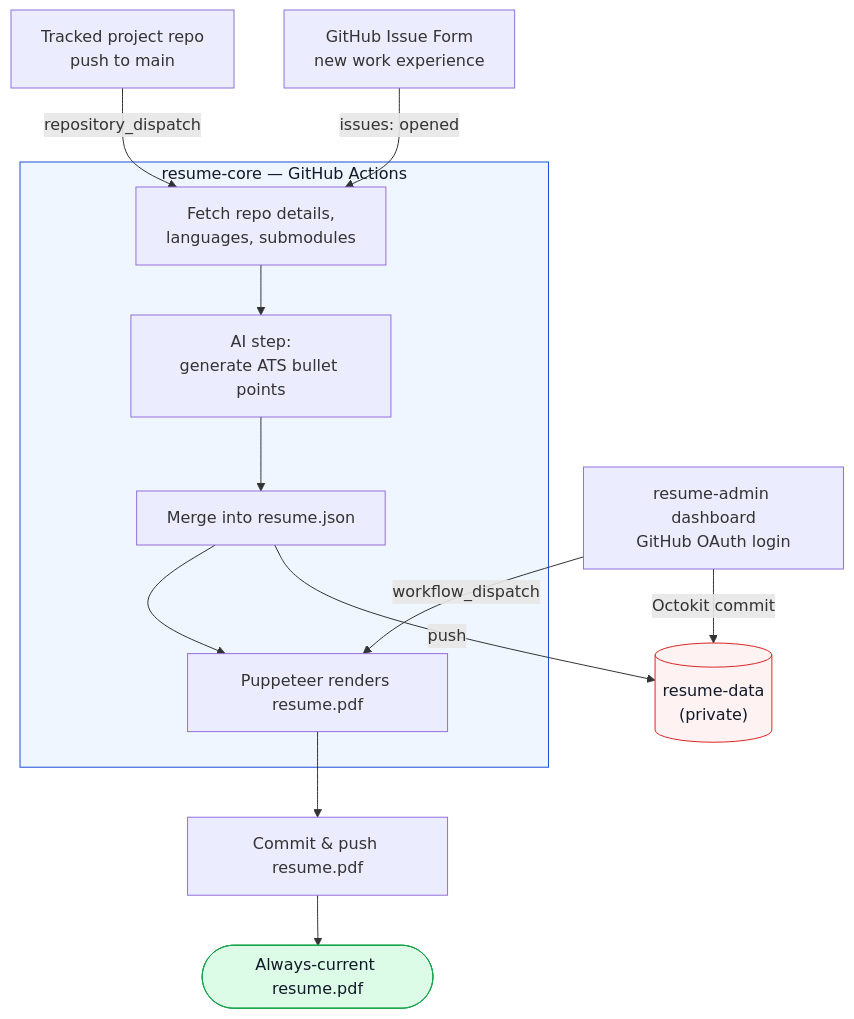
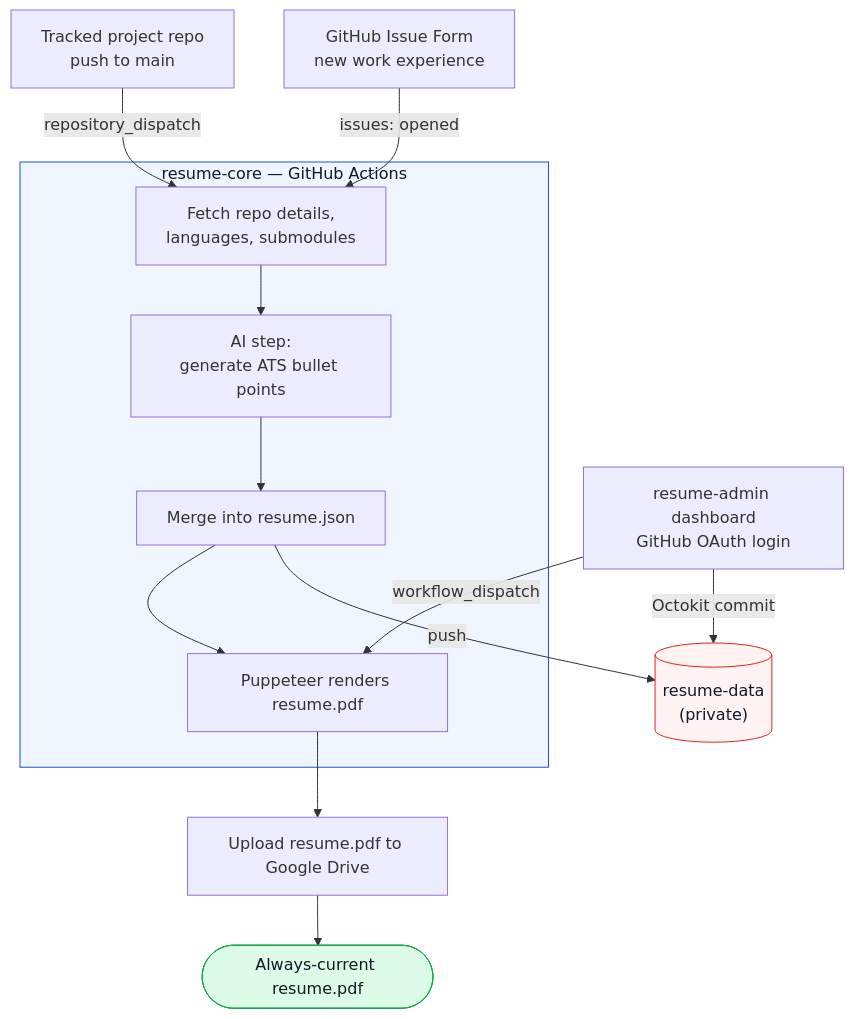
One commit to ChamathDilshanC/DevResume-Automation-Pipeline changed the diagram in README.md. Above: the diagram before and after it, drawn with Mermaid. The commit also changed 2 other files, not shown here.

Commit message:
feat: upload resume.pdf to Google Drive instead of committing it
resume-core no longer commits resume.pdf back to itself; every workflow
uploads it in place to a fixed Google Drive file via a service account
instead. Updates architecture docs and diagrams to match, bumps the
resume-core submodule ref.

````diff
--- a/README.md
+++ b/README.md
@@ -40,22 +40,22 @@
 ```mermaid
 flowchart TD
     A["Tracked project repo<br/>push to main"] -->|repository_dispatch| E
     B["GitHub Issue Form<br/>new work experience"] -->|issues: opened| E
     C["resume-admin dashboard<br/>GitHub OAuth login"] -->|Octokit commit| DATA
     C -->|workflow_dispatch| F
 
     subgraph CORE["resume-core — GitHub Actions"]
         E["Fetch repo details,<br/>languages, submodules"] --> AI["AI step:<br/>generate ATS bullet points"]
         AI --> M["Merge into resume.json"]
         M --> F["Puppeteer renders resume.pdf"]
     end
 
     M -->|push| DATA[("resume-data<br/>(private)")]
-    F --> G["Commit & push resume.pdf"]
+    F --> G["Upload resume.pdf to Google Drive"]
     G --> H(["Always-current resume.pdf"])
 
     style DATA fill:#fef2f2,stroke:#dc2626,color:#111827
 
     style CORE fill:#eff6ff,stroke:#1d4ed8,color:#111827
     style H fill:#dcfce7,stroke:#16a34a,color:#111827
 ```
````
